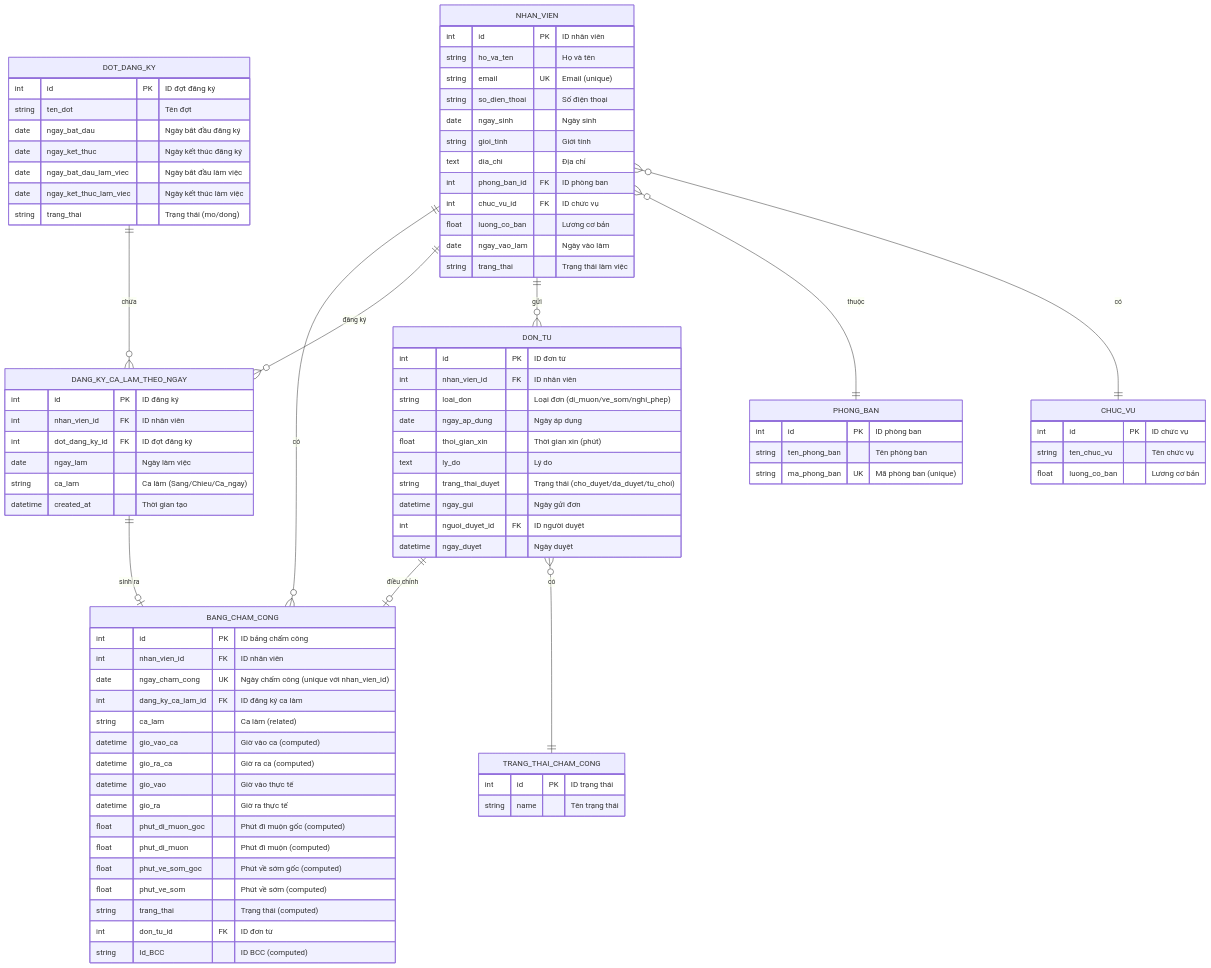
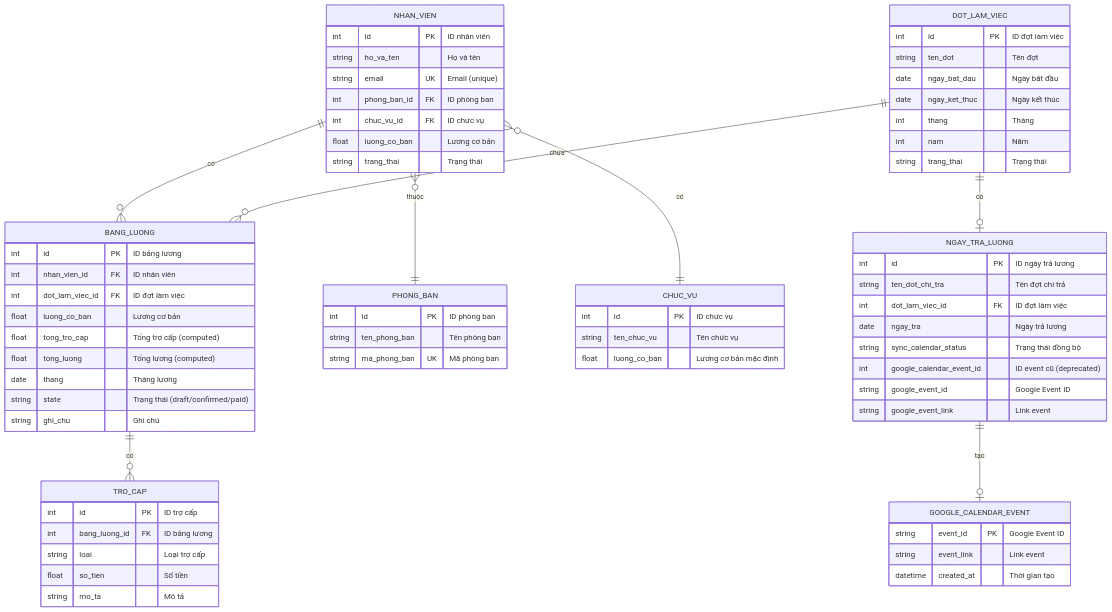
The first of 4 diagrams in test.md (vuminhquoc04hp-tech/tets), drawn with Mermaid before and after one commit. The commit also changed other lines of this file, not shown here.

````diff
--- a/test.md
+++ b/test.md
@@ -5,98 +5,82 @@
 ```mermaid
 erDiagram
-    NHAN_VIEN ||--o{ BANG_CHAM_CONG : "có"
-    NHAN_VIEN ||--o{ DANG_KY_CA_LAM_THEO_NGAY : "đăng ký"
-    NHAN_VIEN ||--o{ DON_TU : "gửi"
+    NHAN_VIEN ||--o{ BANG_LUONG : "có"
     NHAN_VIEN }o--|| PHONG_BAN : "thuộc"
     NHAN_VIEN }o--|| CHUC_VU : "có"
     
-    DOT_DANG_KY ||--o{ DANG_KY_CA_LAM_THEO_NGAY : "chứa"
+    DOT_LAM_VIEC ||--o{ BANG_LUONG : "chứa"
+    DOT_LAM_VIEC ||--o| NGAY_TRA_LUONG : "có"
     
-    DANG_KY_CA_LAM_THEO_NGAY ||--o| BANG_CHAM_CONG : "sinh ra"
+    BANG_LUONG ||--o{ TRO_CAP : "có"
     
-    DON_TU ||--o| BANG_CHAM_CONG : "điều chỉnh"
-    DON_TU }o--|| TRANG_THAI_CHAM_CONG : "có"
+    NGAY_TRA_LUONG ||--o| GOOGLE_CALENDAR_EVENT : "tạo"
     
     NHAN_VIEN {
         int id PK "ID nhân viên"
         string ho_va_ten "Họ và tên"
         string email UK "Email (unique)"
-        string so_dien_thoai "Số điện thoại"
-        date ngay_sinh "Ngày sinh"
-        string gioi_tinh "Giới tính"
-        text dia_chi "Địa chỉ"
         int phong_ban_id FK "ID phòng ban"
         int chuc_vu_id FK "ID chức vụ"
         float luong_co_ban "Lương cơ bản"
-        date ngay_vao_lam "Ngày vào làm"
-        string trang_thai "Trạng thái làm việc"
+        string trang_thai "Trạng thái"
     }
     
     PHONG_BAN {
         int id PK "ID phòng ban"
         string ten_phong_ban "Tên phòng ban"
-        string ma_phong_ban UK "Mã phòng ban (unique)"
+        string ma_phong_ban UK "Mã phòng ban"
     }
     
     CHUC_VU {
         int id PK "ID chức vụ"
         string ten_chuc_vu "Tên chức vụ"
-        float luong_co_ban "Lương cơ bản"
+        float luong_co_ban "Lương cơ bản mặc định"
     }
     
-    DOT_DANG_KY {
-        int id PK "ID đợt đăng ký"
+    DOT_LAM_VIEC {
+        int id PK "ID đợt làm việc"
         string ten_dot "Tên đợt"
-        date ngay_bat_dau "Ngày bắt đầu đăng ký"
-        date ngay_ket_thuc "Ngày kết thúc đăng ký"
-        date ngay_bat_dau_lam_viec "Ngày bắt đầu làm việc"
-        date ngay_ket_thuc_lam_viec "Ngày kết thúc làm việc"
-        string trang_thai "Trạng thái (mo/dong)"
+        date ngay_bat_dau "Ngày bắt đầu"
+        date ngay_ket_thuc "Ngày kết thúc"
+        int thang "Tháng"
+        int nam "Năm"
+        string trang_thai "Trạng thái"
     }
     
-    DANG_KY_CA_LAM_THEO_NGAY {
-        int id PK "ID đăng ký"
+    BANG_LUONG {
+        int id PK "ID bảng lương"
         int nhan_vien_id FK "ID nhân viên"
-        int dot_dang_ky_id FK "ID đợt đăng ký"
-        date ngay_lam "Ngày làm việc"
-        string ca_lam "Ca làm (Sang/Chieu/Ca_ngay)"
+        int dot_lam_viec_id FK "ID đợt làm việc"
+        float luong_co_ban "Lương cơ bản"
+        float tong_tro_cap "Tổng trợ cấp (computed)"
+        float tong_luong "Tổng lương (computed)"
+        date thang "Tháng lương"
+        string state "Trạng thái (draft/confirmed/paid)"
+        string ghi_chu "Ghi chú"
+    }
+    
+    TRO_CAP {
+        int id PK "ID trợ cấp"
+        int bang_luong_id FK "ID bảng lương"
+        string loai "Loại trợ cấp"
+        float so_tien "Số tiền"
+        string mo_ta "Mô tả"
+    }
+    
+    NGAY_TRA_LUONG {
+        int id PK "ID ngày trả lương"
+        string ten_dot_chi_tra "Tên đợt chi trả"
+        int dot_lam_viec_id FK "ID đợt làm việc"
+        date ngay_tra "Ngày trả lương"
+        string sync_calendar_status "Trạng thái đồng bộ"
+        int google_calendar_event_id "ID event cũ (deprecated)"
+        string google_event_id "Google Event ID"
+        string google_event_link "Link event"
+    }
+    
+    GOOGLE_CALENDAR_EVENT {
+        string event_id PK "Google Event ID"
+        string event_link "Link event"
         datetime created_at "Thời gian tạo"
     }
-    
-    BANG_CHAM_CONG {
-        int id PK "ID bảng chấm công"
-        int nhan_vien_id FK "ID nhân viên"
-        date ngay_cham_cong UK "Ngày chấm công (unique với nhan_vien_id)"
-        int dang_ky_ca_lam_id FK "ID đăng ký ca làm"
-        string ca_lam "Ca làm (related)"
-        datetime gio_vao_ca "Giờ vào ca (computed)"
-        datetime gio_ra_ca "Giờ ra ca (computed)"
-        datetime gio_vao "Giờ vào thực tế"
-        datetime gio_ra "Giờ ra thực tế"
-        float phut_di_muon_goc "Phút đi muộn gốc (computed)"
-        float phut_di_muon "Phút đi muộn (computed)"
-        float phut_ve_som_goc "Phút về sớm gốc (computed)"
-        float phut_ve_som "Phút về sớm (computed)"
-        string trang_thai "Trạng thái (computed)"
-        int don_tu_id FK "ID đơn từ"
-        string Id_BCC "ID BCC (computed)"
-    }
-    
-    DON_TU {
-        int id PK "ID đơn từ"
-        int nhan_vien_id FK "ID nhân viên"
-        string loai_don "Loại đơn (di_muon/ve_som/nghi_phep)"
-        date ngay_ap_dung "Ngày áp dụng"
-        float thoi_gian_xin "Thời gian xin (phút)"
-        text ly_do "Lý do"
-        string trang_thai_duyet "Trạng thái (cho_duyet/da_duyet/tu_choi)"
-        datetime ngay_gui "Ngày gửi đơn"
-        int nguoi_duyet_id FK "ID người duyệt"
-        datetime ngay_duyet "Ngày duyệt"
-    }
-    
-    TRANG_THAI_CHAM_CONG {
-        int id PK "ID trạng thái"
-        string name "Tên trạng thái"
-    }
 ```
````
